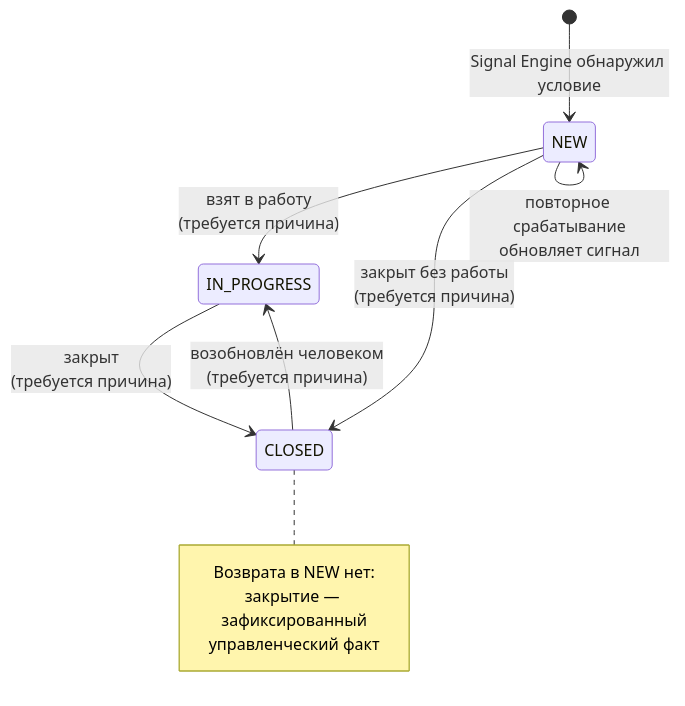
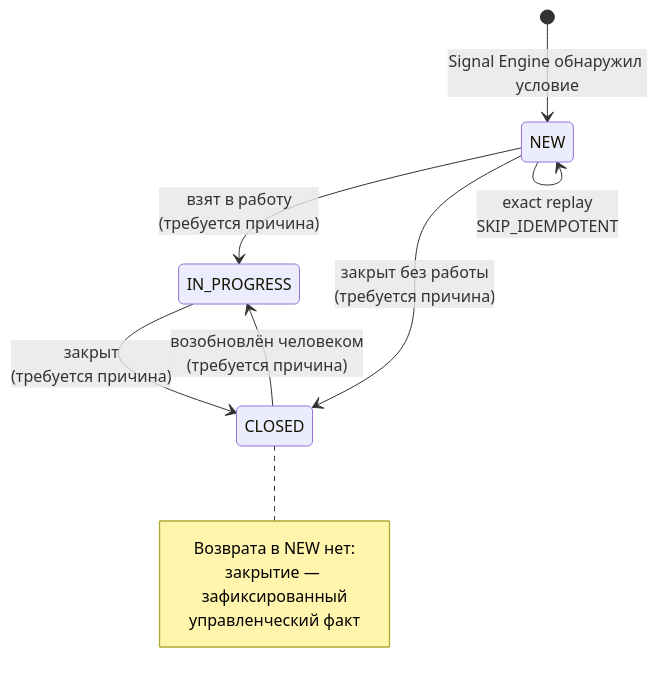
One commit to BAITC-Hacks/hack-54e4bd29-claudex changed the third of 5 diagrams in docs/BUSINESS_LOGIC.md. Above: the diagram before and after it, drawn with Mermaid. The commit also changed other lines of this file and 97 other files, not shown here.

````diff
--- a/docs/BUSINESS_LOGIC.md
+++ b/docs/BUSINESS_LOGIC.md
@@ -180,15 +205,15 @@
 ```mermaid
 stateDiagram-v2
     [*] --> NEW : Signal Engine обнаружил условие
     NEW --> IN_PROGRESS : взят в работу<br/>(требуется причина)
     IN_PROGRESS --> CLOSED : закрыт<br/>(требуется причина)
     NEW --> CLOSED : закрыт без работы<br/>(требуется причина)
     CLOSED --> IN_PROGRESS : возобновлён человеком<br/>(требуется причина)
-    NEW --> NEW : повторное срабатывание<br/>обновляет сигнал
+    NEW --> NEW : exact replay<br/>SKIP_IDEMPOTENT
 
     note right of CLOSED
         Возврата в NEW нет:
         закрытие — зафиксированный
         управленческий факт
     end note
 ```
````
